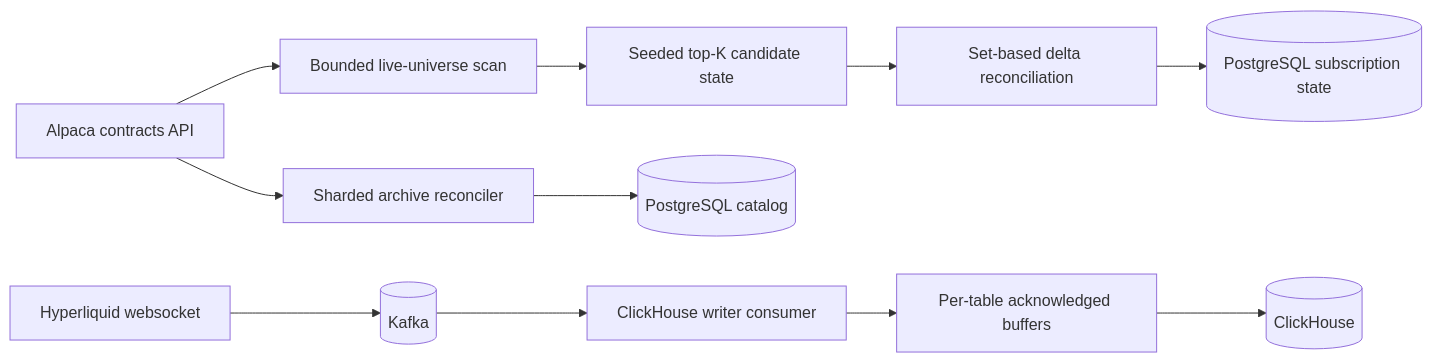
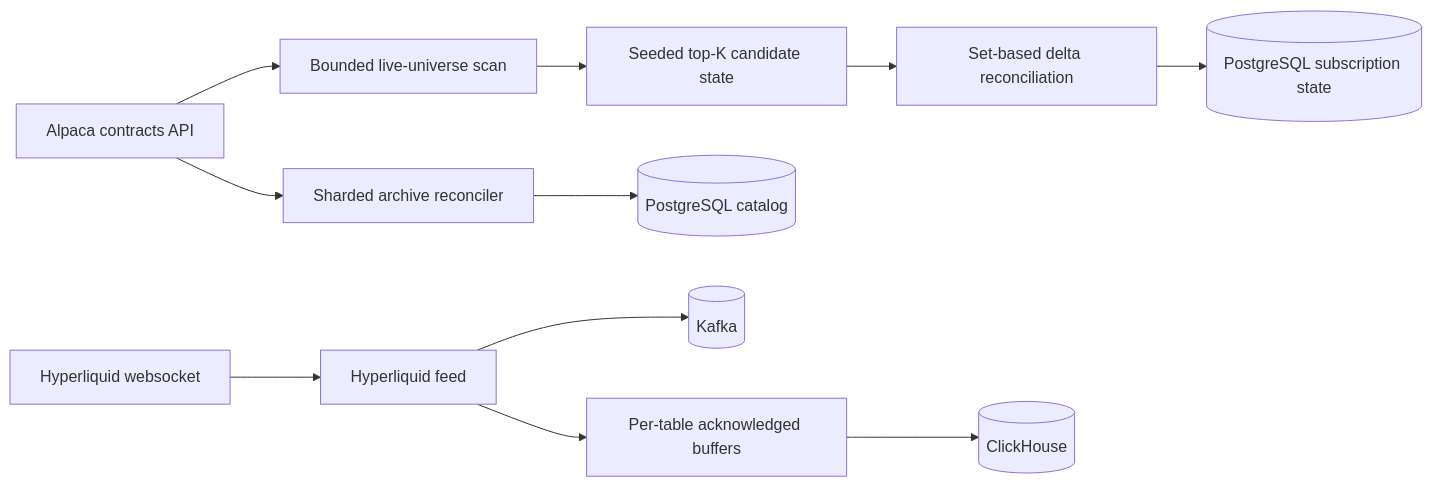
Before and after one commit to proompteng/lab: the diagram in docs/torghut/storage-write-pressure-remediation-design.md, drawn with Mermaid. The commit also changed other lines of this file and 36 other files, not shown here.

Commit message:
refactor(torghut): remove shadow ClickHouse writer

````diff
--- a/docs/torghut/storage-write-pressure-remediation-design.md
+++ b/docs/torghut/storage-write-pressure-remediation-design.md
@@ -100,14 +100,14 @@
 ```mermaid
 flowchart LR
   Alpaca[Alpaca contracts API] --> LiveScan[Bounded live-universe scan]
   Alpaca --> ArchiveScan[Sharded archive reconciler]
   LiveScan --> Candidate[Seeded top-K candidate state]
   Candidate --> Delta[Set-based delta reconciliation]
   ArchiveScan --> Catalog[(PostgreSQL catalog)]
   Delta --> Subscription[(PostgreSQL subscription state)]
 
-  Hyperliquid[Hyperliquid websocket] --> Kafka[(Kafka)]
-  Kafka --> Writer[ClickHouse writer consumer]
-  Writer --> Buffers[Per-table acknowledged buffers]
+  Hyperliquid[Hyperliquid websocket] --> Feed[Hyperliquid feed]
+  Feed --> Kafka[(Kafka)]
+  Feed --> Buffers[Per-table acknowledged buffers]
   Buffers --> ClickHouse[(ClickHouse)]
 ```
````
